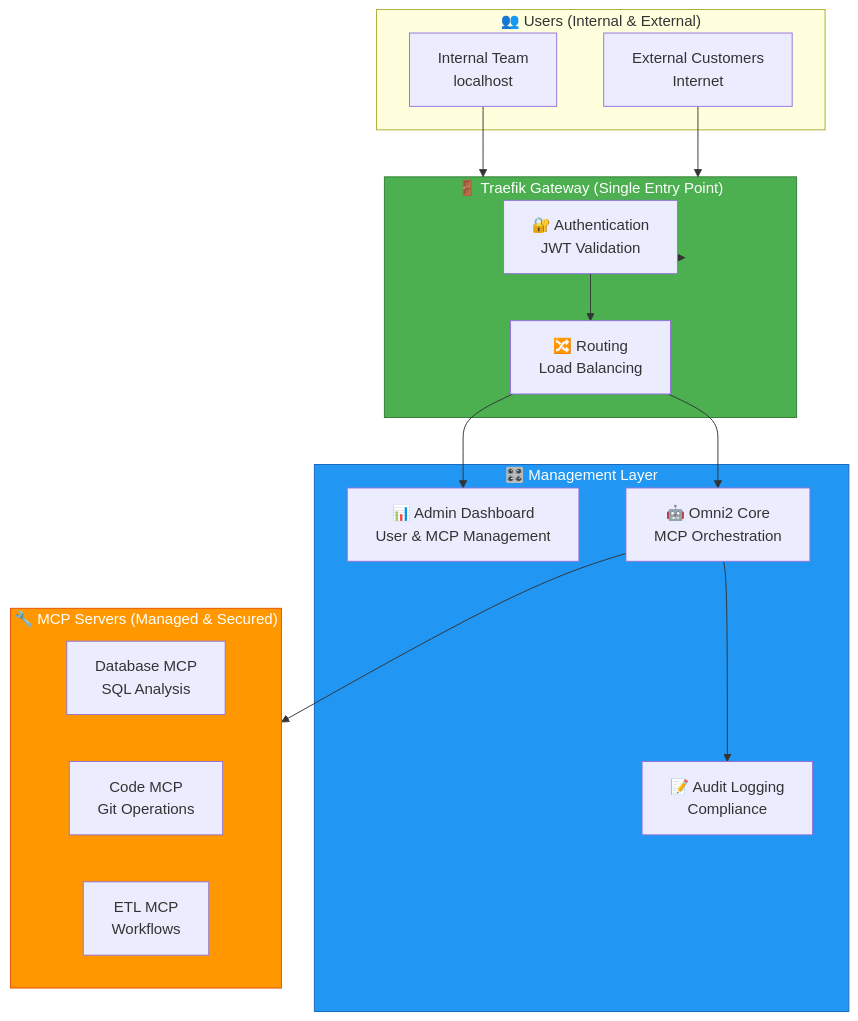
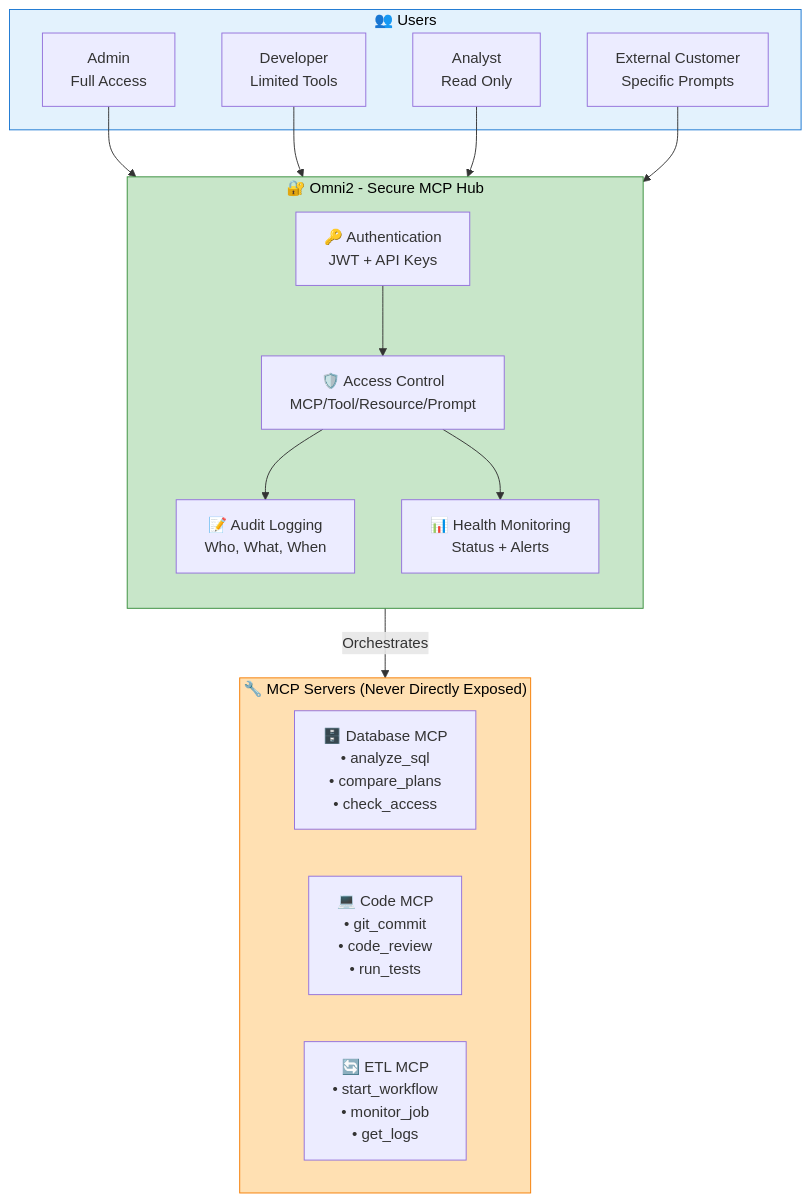
The first of 2 diagrams in index.md (aviciot/omni2-bridge), drawn with Mermaid before and after one commit. The commit also changed other lines of this file and 1 other file, not shown here.

Commit message:
Add granular access control with MCP hub architecture

````diff
--- a/index.md
+++ b/index.md
@@ -27,36 +27,39 @@
 ```mermaid
 flowchart TB
-    subgraph Users[" 👥 Users (Internal & External) "]
-        INT[Internal Team<br/>localhost]
-        EXT[External Customers<br/>Internet]
+    subgraph Users[" 👥 Users "]
+        ADMIN[Admin<br/>Full Access]
+        DEV[Developer<br/>Limited Tools]
+        ANALYST[Analyst<br/>Read Only]
+        CUSTOMER[External Customer<br/>Specific Prompts]
     end
 
-    subgraph Gateway[" 🚪 Traefik Gateway (Single Entry Point) "]
-        AUTH[🔐 Authentication<br/>JWT Validation]
-        ROUTE[🔀 Routing<br/>Load Balancing]
+    subgraph Hub[" 🔐 Omni2 - Secure MCP Hub "]
+        direction TB
+        AUTH[🔑 Authentication<br/>JWT + API Keys]
+        RBAC[🛡️ Access Control<br/>MCP/Tool/Resource/Prompt]
+        AUDIT[📝 Audit Logging<br/>Who, What, When]
+        MONITOR[📊 Health Monitoring<br/>Status + Alerts]
+        
+        AUTH --> RBAC
+        RBAC --> AUDIT
+        RBAC --> MONITOR
     end
 
-    subgraph Management[" 🎛️ Management Layer "]
-        DASH[📊 Admin Dashboard<br/>User & MCP Management]
-        OMNI[🤖 Omni2 Core<br/>MCP Orchestration]
-        AUDIT[📝 Audit Logging<br/>Compliance]
+    subgraph MCPs[" 🔧 MCP Servers (Never Directly Exposed) "]
+        direction LR
+        DB[🗄️ Database MCP<br/>• analyze_sql<br/>• compare_plans<br/>• check_access]
+        CODE[💻 Code MCP<br/>• git_commit<br/>• code_review<br/>• run_tests]
+        ETL[🔄 ETL MCP<br/>• start_workflow<br/>• monitor_job<br/>• get_logs]
     end
 
-    subgraph MCPs[" 🔧 MCP Servers (Managed & Secured) "]
-        DB[Database MCP<br/>SQL Analysis]
-        CODE[Code MCP<br/>Git Operations]
-        ETL[ETL MCP<br/>Workflows]
-    end
-
-    INT --> Gateway
-    EXT --> Gateway
-    Gateway --> AUTH
-    AUTH --> ROUTE
-    ROUTE --> DASH & OMNI
-    OMNI --> MCPs
-    OMNI --> AUDIT
+    ADMIN --> Hub
+    DEV --> Hub
+    ANALYST --> Hub
+    CUSTOMER --> Hub
     
-    style Gateway fill:#4CAF50,stroke:#2E7D32,color:#fff
-    style Management fill:#2196F3,stroke:#1565C0,color:#fff
-    style MCPs fill:#FF9800,stroke:#E65100,color:#fff
+    Hub -->|Orchestrates| MCPs
+    
+    style Users fill:#E3F2FD,stroke:#1976D2,color:#000
+    style Hub fill:#C8E6C9,stroke:#388E3C,color:#000
+    style MCPs fill:#FFE0B2,stroke:#F57C00,color:#000
 ```
````
